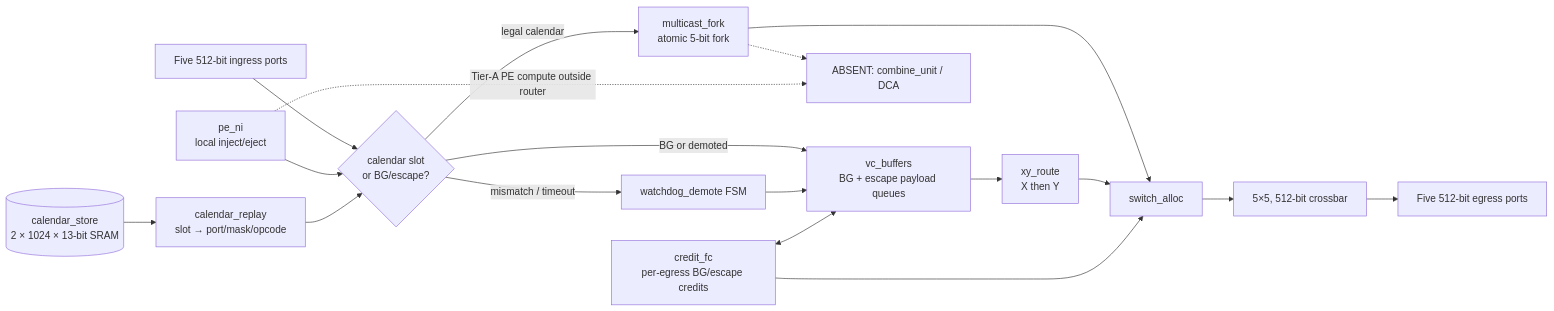
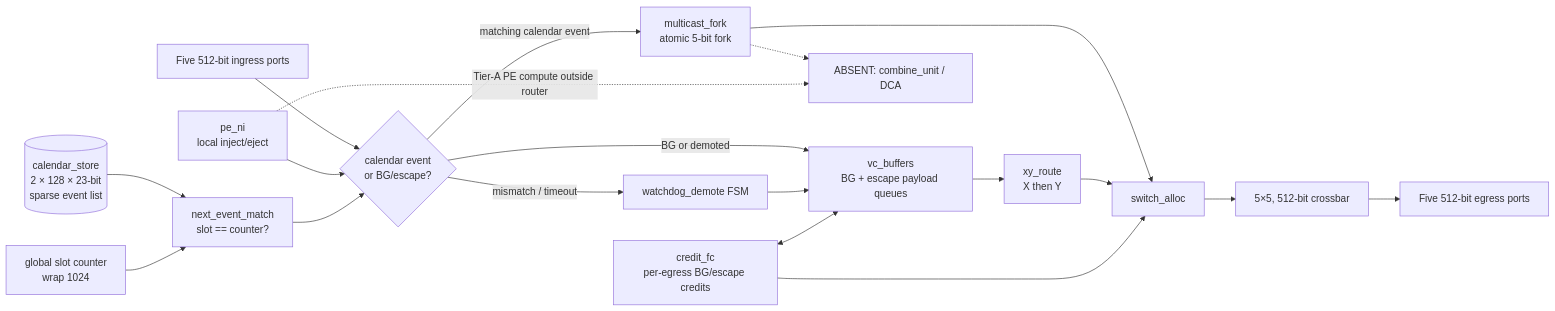
One commit to lukebest/booksim2 changed the diagram in docs/phase-2-architecture/architecture.md. Above: the diagram before and after it, drawn with Mermaid. The commit also changed other lines of this file and 30 other files, not shown here.

First line of the commit message:
dse: Trial 3 Arch-A3 SparseCal — sparse event calendar

````diff
--- a/docs/phase-2-architecture/architecture.md
+++ b/docs/phase-2-architecture/architecture.md
@@ -22,22 +22,24 @@
 ```mermaid
 flowchart LR
-  mesh_in[Five 512-bit ingress ports] --> classify{calendar slot<br/>or BG/escape?}
+  mesh_in[Five 512-bit ingress ports] --> classify{calendar event<br/>or BG/escape?}
   pe_ni[pe_ni<br/>local inject/eject] --> classify
-  calendar_store[(calendar_store<br/>2 × 1024 × 13-bit SRAM)]
-  calendar_store --> calendar_replay[calendar_replay<br/>slot → port/mask/opcode]
-  calendar_replay --> classify
-  classify -->|legal calendar| multicast_fork[multicast_fork<br/>atomic 5-bit fork]
+  slot_ctr[global slot counter<br/>wrap 1024]
+  calendar_store[(calendar_store<br/>2 × 128 × 23-bit<br/>sparse event list)]
+  calendar_store --> next_match[next_event_match<br/>slot == counter?]
+  slot_ctr --> next_match
+  next_match --> classify
+  classify -->|matching calendar event| multicast_fork[multicast_fork<br/>atomic 5-bit fork]
   multicast_fork --> switch_alloc[switch_alloc]
   classify -->|BG or demoted| vc_buffers[vc_buffers<br/>BG + escape payload queues]
   vc_buffers --> xy_route[xy_route<br/>X then Y]
   xy_route --> switch_alloc
   classify -->|mismatch / timeout| watchdog_demote[watchdog_demote FSM]
   watchdog_demote --> vc_buffers
   switch_alloc --> crossbar[5×5, 512-bit crossbar]
   crossbar --> mesh_out[Five 512-bit egress ports]
   credit_fc[credit_fc<br/>per-egress BG/escape credits] <--> vc_buffers
   credit_fc --> switch_alloc
   absent[ABSENT: combine_unit / DCA]
   multicast_fork -.-> absent
   pe_ni -.->|Tier-A PE compute outside router| absent
 ```
````
